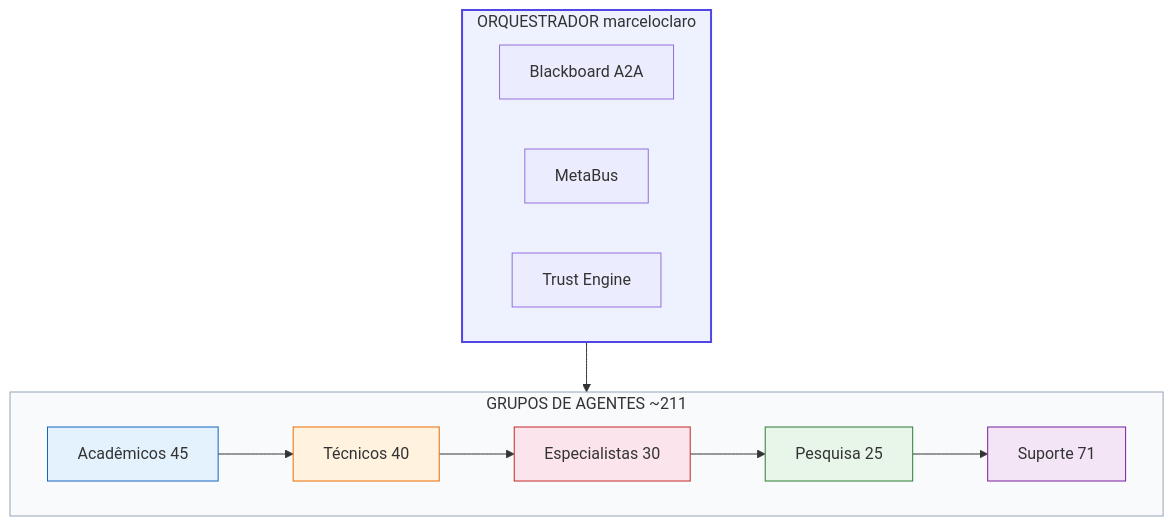
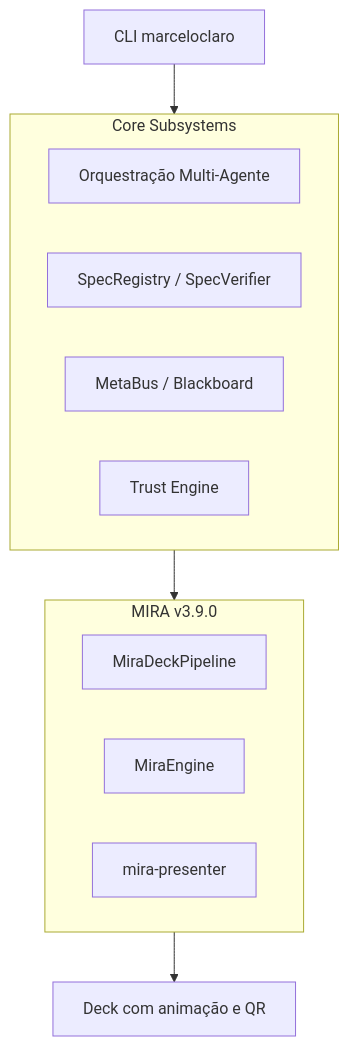
One commit to MarceloClaro/opencode-ecosystem-core changed the first of 6 diagrams in README.md. Above: the diagram before and after it, drawn with Mermaid. The commit also changed other lines of this file and 43 other files, not shown here.

````diff
--- a/README.md
+++ b/README.md
@@ -119,27 +171,17 @@
 ```mermaid
 flowchart TB
-    subgraph ORCH[ORQUESTRADOR marceloclaro]
-        OR1[Blackboard A2A]
-        OR2[MetaBus]
-        OR3[Trust Engine]
+    subgraph Core [Core Subsystems]
+        ORCH[Orquestração Multi‑Agente]
+        SPEC[SpecRegistry / SpecVerifier]
+        META[MetaBus / Blackboard]
+        TRUST[Trust Engine]
     end
-
-    subgraph GROUPS[GRUPOS DE AGENTES ~211]
-        AC[Acadêmicos 45]
-        TE[Técnicos 40]
-        ES[Especialistas 30]
-        RS[Pesquisa 25]
-        SU[Suporte 71]
+    subgraph MIRA[MIRA v3.9.0]
+        PIPELINE[MiraDeckPipeline]
+        ENGINE[MiraEngine]
+        AGENT[mira-presenter]
     end
-
-    ORCH --> GROUPS
-    AC --> TE --> ES --> RS --> SU
-
-    style ORCH fill:#eef2ff,stroke:#4f46e5,stroke-width:2px
-    style GROUPS fill:#f8fafc,stroke:#94a3b8,stroke-width:1px
-    style AC fill:#e3f2fd,stroke:#1565c0
-    style TE fill:#fff3e0,stroke:#ef6c00
-    style ES fill:#fce4ec,stroke:#c62828
-    style RS fill:#e8f5e9,stroke:#2e7d32
-    style SU fill:#f3e5f5,stroke:#7b1fa2
+    CLI[CLI marceloclaro] --> Core
+    Core --> MIRA
+    MIRA --> DECK[Deck com animação e QR]
 ```
````
